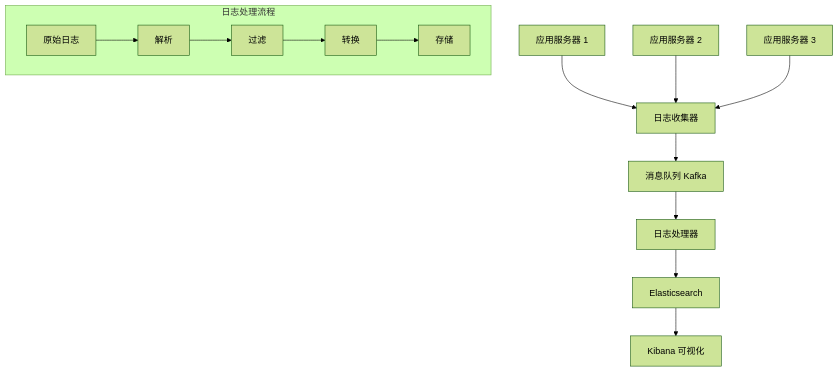
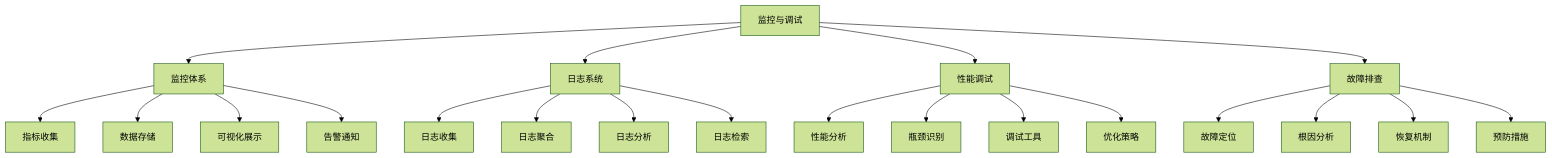
The diagram in questions/backend/monitoring-debugging.md (ming-xwolf/IQB), drawn with Mermaid (forest theme) before and after one commit. The commit also changed other lines of this file and 23 other files, not shown here.

Commit message:
优化后端面试题：重构理论与代码分离，优化Mermaid图表和文档结构

````diff
--- a/questions/backend/monitoring-debugging.md
+++ b/questions/backend/monitoring-debugging.md
@@ -299,18 +31,27 @@
 ```mermaid
-flowchart TD
-    A[应用服务器 1] --> D[日志收集器]
-    B[应用服务器 2] --> D
-    C[应用服务器 3] --> D
+graph TB
+    A[监控与调试] --> B[监控体系]
+    A --> C[日志系统]
+    A --> D[性能调试]
+    A --> E[故障排查]
     
-    D --> E[消息队列 Kafka]
-    E --> F[日志处理器]
-    F --> G[Elasticsearch]
-    G --> H[Kibana 可视化]
+    B --> B1[指标收集]
+    B --> B2[数据存储]
+    B --> B3[可视化展示]
+    B --> B4[告警通知]
     
-    subgraph "日志处理流程"
-        I[原始日志] --> J[解析]
-        J --> K[过滤]
-        K --> L[转换]
-        L --> M[存储]
-    end
+    C --> C1[日志收集]
+    C --> C2[日志聚合]
+    C --> C3[日志分析]
+    C --> C4[日志检索]
+    
+    D --> D1[性能分析]
+    D --> D2[瓶颈识别]
+    D --> D3[调试工具]
+    D --> D4[优化策略]
+    
+    E --> E1[故障定位]
+    E --> E2[根因分析]
+    E --> E3[恢复机制]
+    E --> E4[预防措施]
 ```
````
